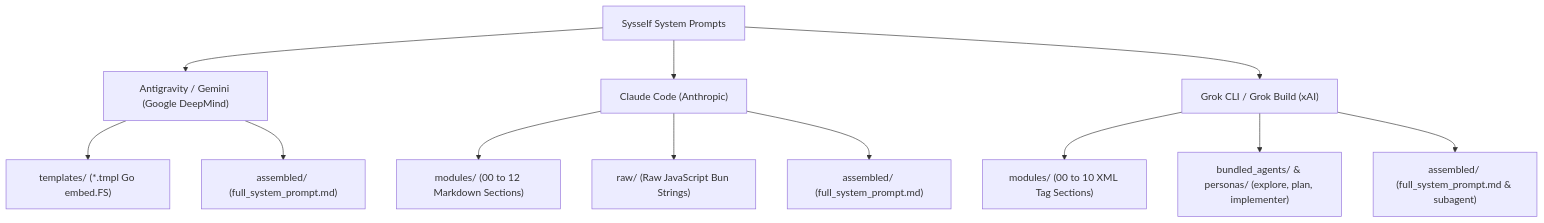
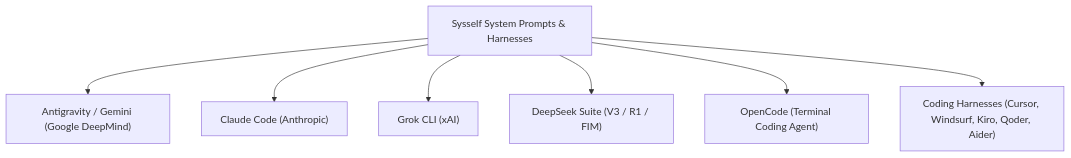
Before and after one commit to yuatemycat/Sysself: the diagram in prompts/README.md, drawn with Mermaid. The commit also changed other lines of this file and 21 other files, not shown here.

Commit message:
feat: add DeepSeek, OpenCode, and multi-agent coding harnesses

````diff
--- a/prompts/README.md
+++ b/prompts/README.md
@@ -5,17 +5,9 @@
 ```mermaid
 graph TD
-    A["Sysself System Prompts"] --> B["Antigravity / Gemini (Google DeepMind)"]
+    A["Sysself System Prompts & Harnesses"] --> B["Antigravity / Gemini (Google DeepMind)"]
     A --> C["Claude Code (Anthropic)"]
-    A --> D["Grok CLI / Grok Build (xAI)"]
-    
-    B --> B1["templates/ (*.tmpl Go embed.FS)"]
-    B --> B2["assembled/ (full_system_prompt.md)"]
-    
-    C --> C1["modules/ (00 to 12 Markdown Sections)"]
-    C --> C2["raw/ (Raw JavaScript Bun Strings)"]
-    C --> C3["assembled/ (full_system_prompt.md)"]
-
-    D --> D1["modules/ (00 to 10 XML Tag Sections)"]
-    D --> D2["bundled_agents/ & personas/ (explore, plan, implementer)"]
-    D --> D3["assembled/ (full_system_prompt.md & subagent)"]
+    A --> D["Grok CLI (xAI)"]
+    A --> E["DeepSeek Suite (V3 / R1 / FIM)"]
+    A --> F["OpenCode (Terminal Coding Agent)"]
+    A --> G["Coding Harnesses (Cursor, Windsurf, Kiro, Qoder, Aider)"]
 ```
````
